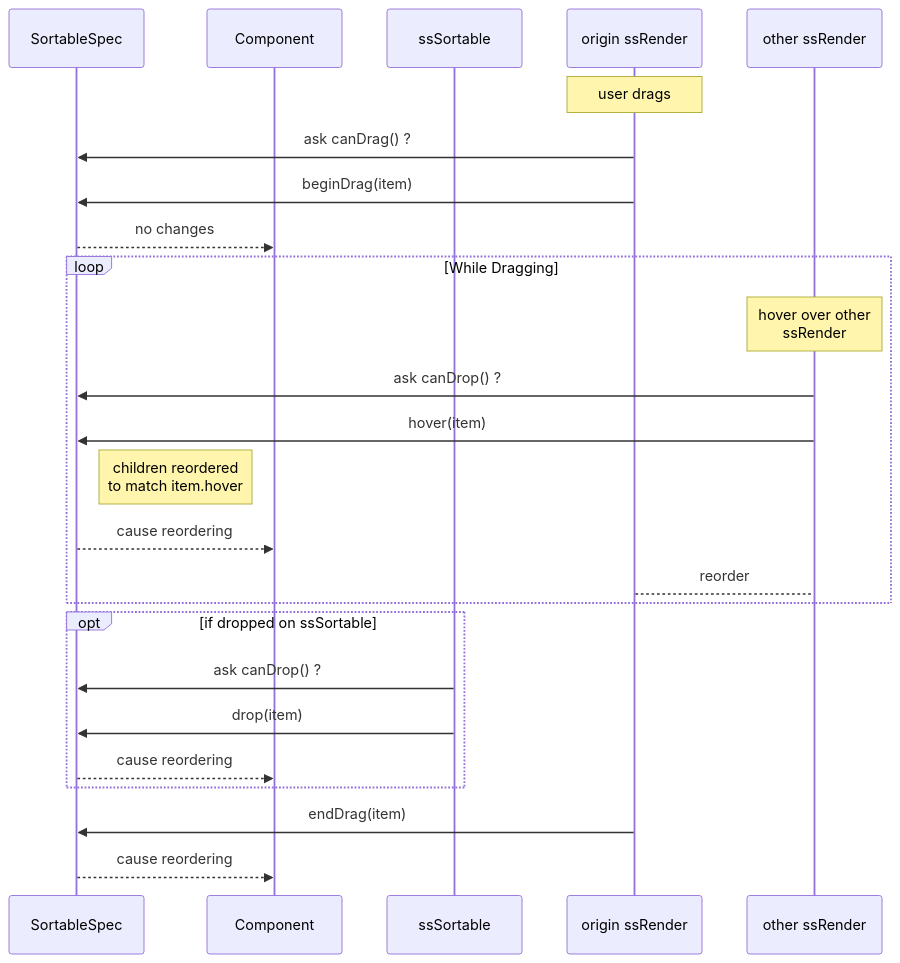
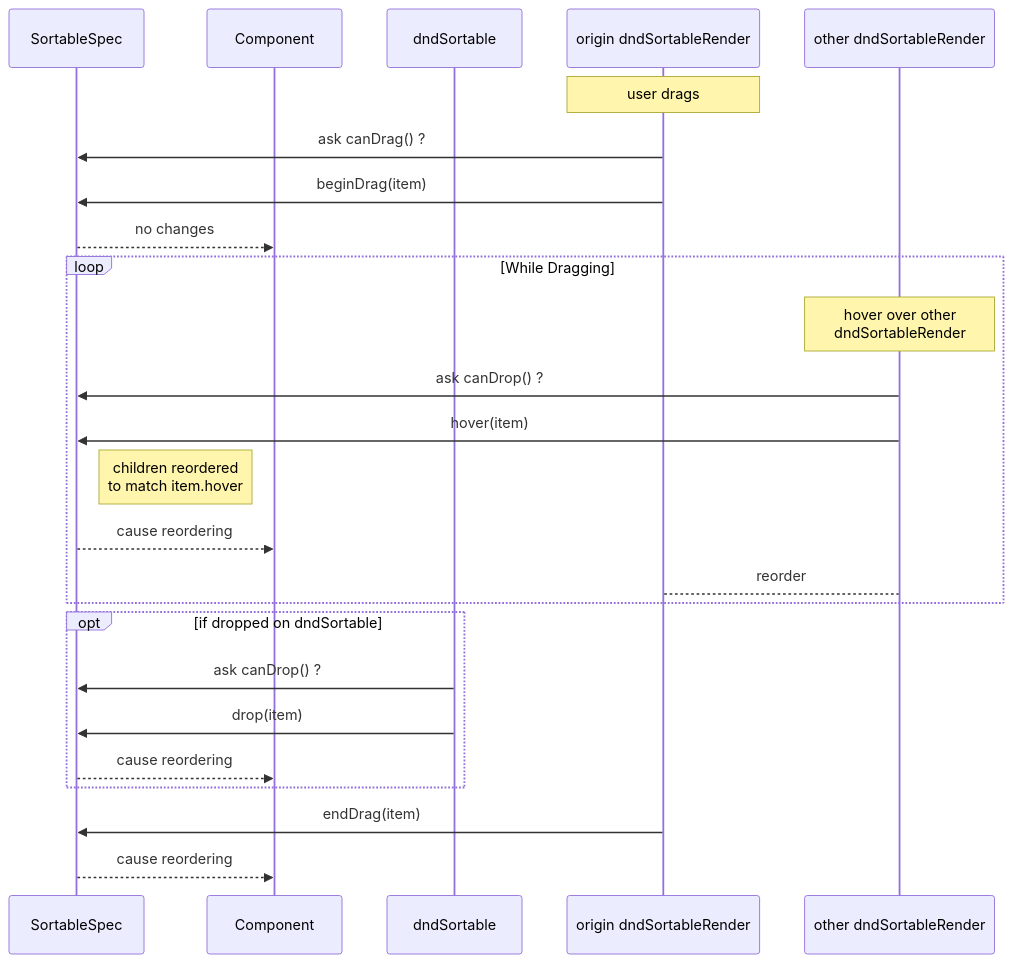
Before and after one commit to ng-dnd/ng-dnd: the diagram in docs/sortable/spec.md, drawn with Mermaid. The commit also changed other lines of this file and 12 other files, not shown here.

```diff
--- a/docs/sortable/spec.md
+++ b/docs/sortable/spec.md
@@ -32,27 +32,27 @@
 <div class="mermaid">
 sequenceDiagram
     participant Spec as SortableSpec
     participant C as Component
-    participant S as ssSortable
-    participant R as origin ssRender
-    participant R2 as other ssRender
+    participant S as dndSortable
+    participant R as origin dndSortableRender
+    participant R2 as other dndSortableRender
     Note over R: user drags
     R->>Spec: ask canDrag() ?
     R->>Spec: beginDrag(item)
     Spec-->>C: no changes
     loop While Dragging
-        Note over R2: hover over other<br/>ssRender
+        Note over R2: hover over other<br/>dndSortableRender
         R2->>Spec: ask canDrop() ?
         R2->>Spec: hover(item)
         Note right of Spec: children reordered<br/> to match item.hover
         Spec-->>C: cause reordering
         R-->R2: reorder
     end
-    opt if dropped on ssSortable
+    opt if dropped on dndSortable
         S->>Spec: ask canDrop() ?
         S->>Spec: drop(item)
         Spec-->>C: cause reordering
     end
     R->>Spec: endDrag(item)
     Spec-->>C: cause reordering
 </div>
```
